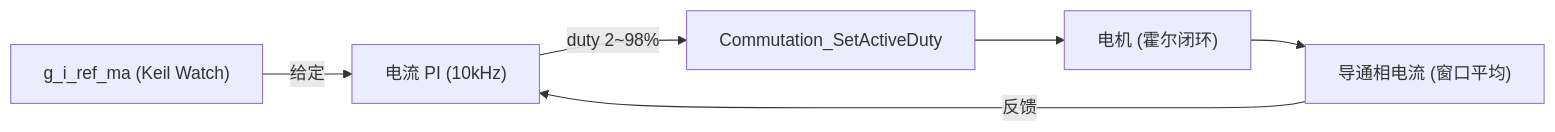
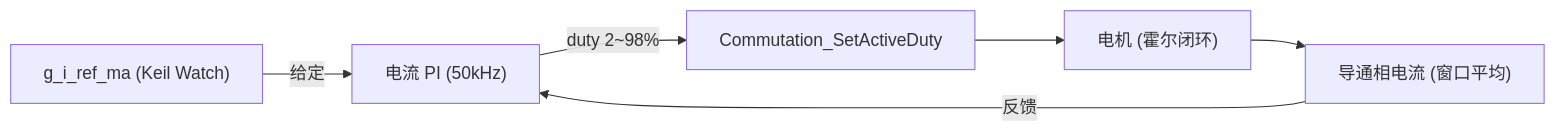
Before and after one commit to HCHCHC99/WS_L: the second of 2 diagrams in ws_L_v.1.0.2/PI电流环.md, drawn with Mermaid. The commit also changed other lines of this file and 3 other files, not shown here.

````diff
--- a/ws_L_v.1.0.2/PI电流环.md
+++ b/ws_L_v.1.0.2/PI电流环.md
@@ -157,8 +157,8 @@
 ```mermaid
 flowchart LR
-    REF["g_i_ref_ma (Keil Watch)"] -->|给定| PI["电流 PI (10kHz)"]
+    REF["g_i_ref_ma (Keil Watch)"] -->|给定| PI["电流 PI (50kHz)"]
     FB["导通相电流 (窗口平均)"] -->|反馈| PI
     PI -->|duty 2~98%| DUTY["Commutation_SetActiveDuty"]
     DUTY --> M["电机 (霍尔闭环)"]
     M --> FB
 ```
````
